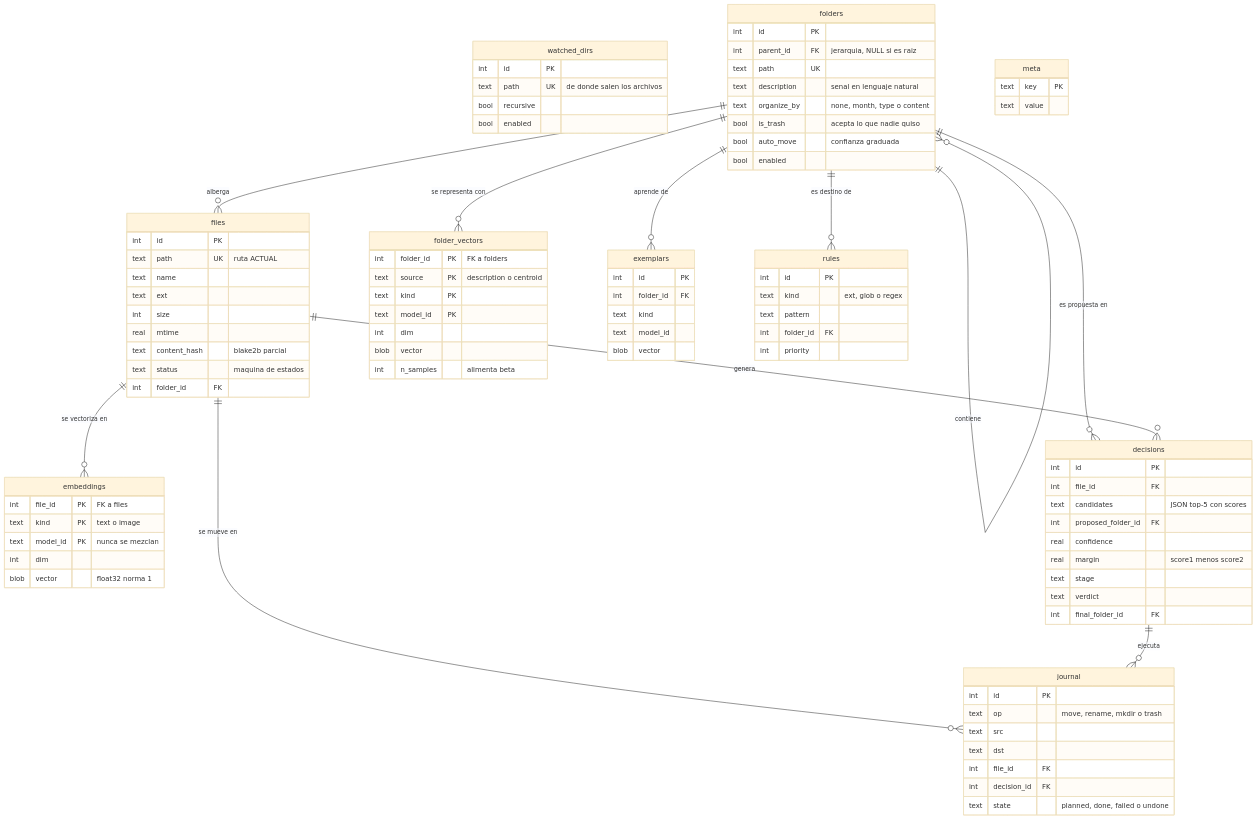
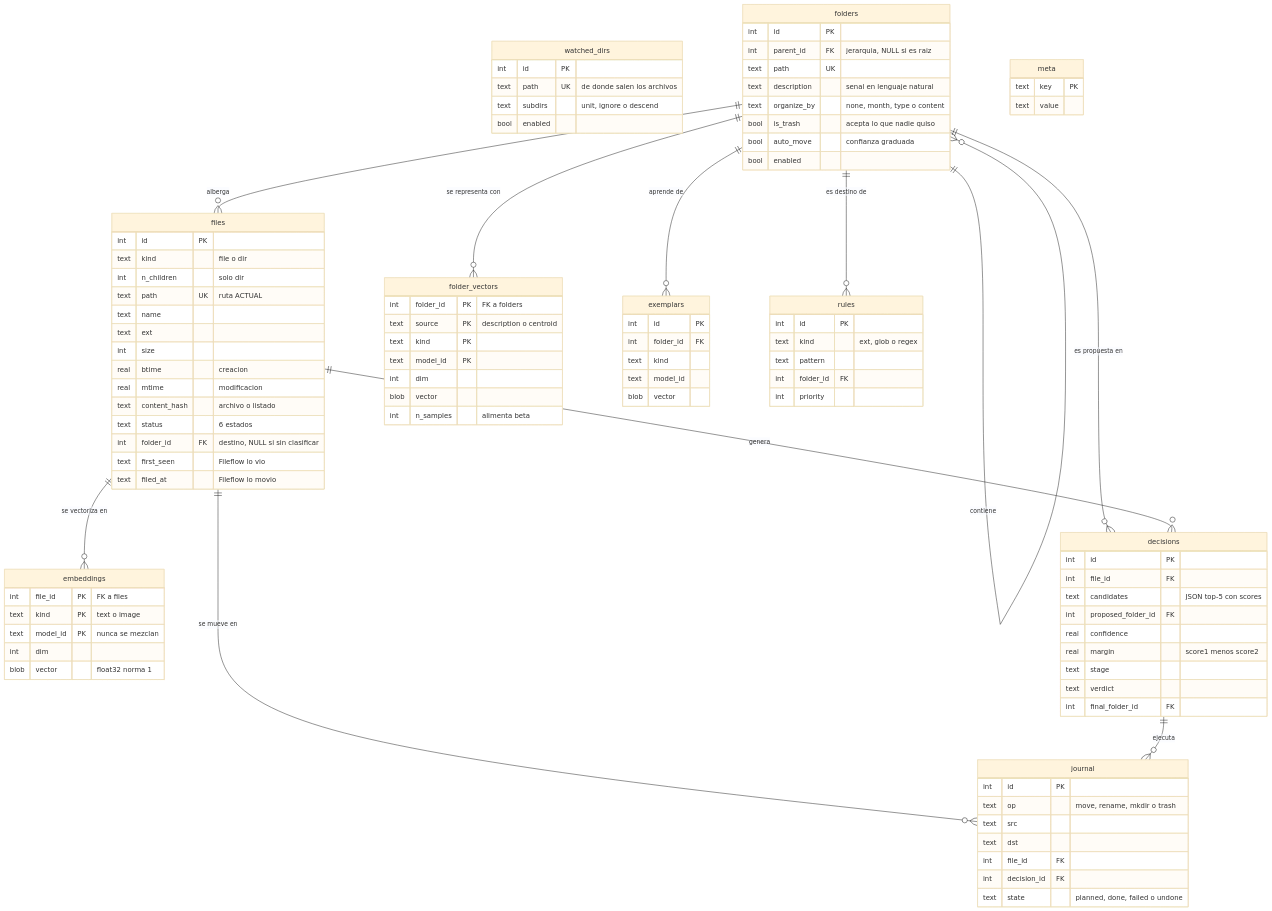
Before and after one commit to JorgeGaviria/Fileflow: the diagram in docs/diagramas/esquema-relacional.md, drawn with Mermaid (base theme). The commit also changed 3 other files, not shown here.

```diff
--- a/docs/diagramas/esquema-relacional.md
+++ b/docs/diagramas/esquema-relacional.md
@@ -12,7 +12,7 @@
     watched_dirs {
         int id PK
         text path UK "de donde salen los archivos"
-        bool recursive
+        text subdirs "unit, ignore o descend"
         bool enabled
     }
 
@@ -29,14 +29,19 @@
 
     files {
         int id PK
+        text kind "file o dir"
+        int n_children "solo dir"
         text path UK "ruta ACTUAL"
         text name
         text ext
         int size
-        real mtime
-        text content_hash "blake2b parcial"
-        text status "maquina de estados"
-        int folder_id FK
+        real btime "creacion"
+        real mtime "modificacion"
+        text content_hash "archivo o listado"
+        text status "6 estados"
+        int folder_id FK "destino, NULL si sin clasificar"
+        text first_seen "Fileflow lo vio"
+        text filed_at "Fileflow lo movio"
     }
 
     embeddings {
```
